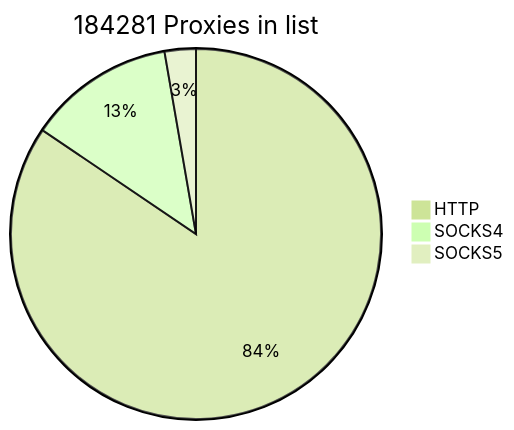
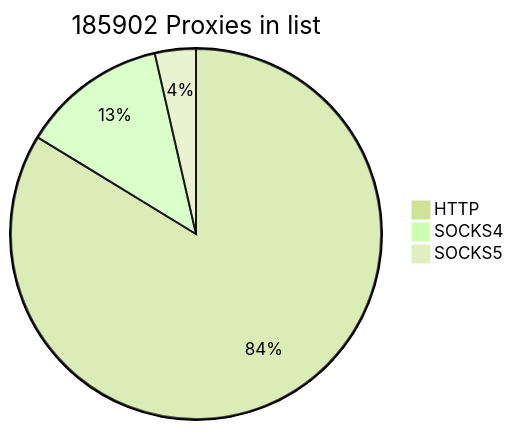
One commit to cutipu/proxylist changed the first of 2 diagrams in README.md. Above: the diagram before and after it, drawn with Mermaid (forest theme). The commit also changed other lines of this file, not shown here.

````diff
--- a/README.md
+++ b/README.md
@@ -2,7 +2,7 @@
 ```mermaid
-pie title 184281 Proxies in list
+pie title 185902 Proxies in list
     "HTTP" : 155650
     "SOCKS4" : 23608
-    "SOCKS5" : 5023
+    "SOCKS5" : 6644
             
 ```
````
